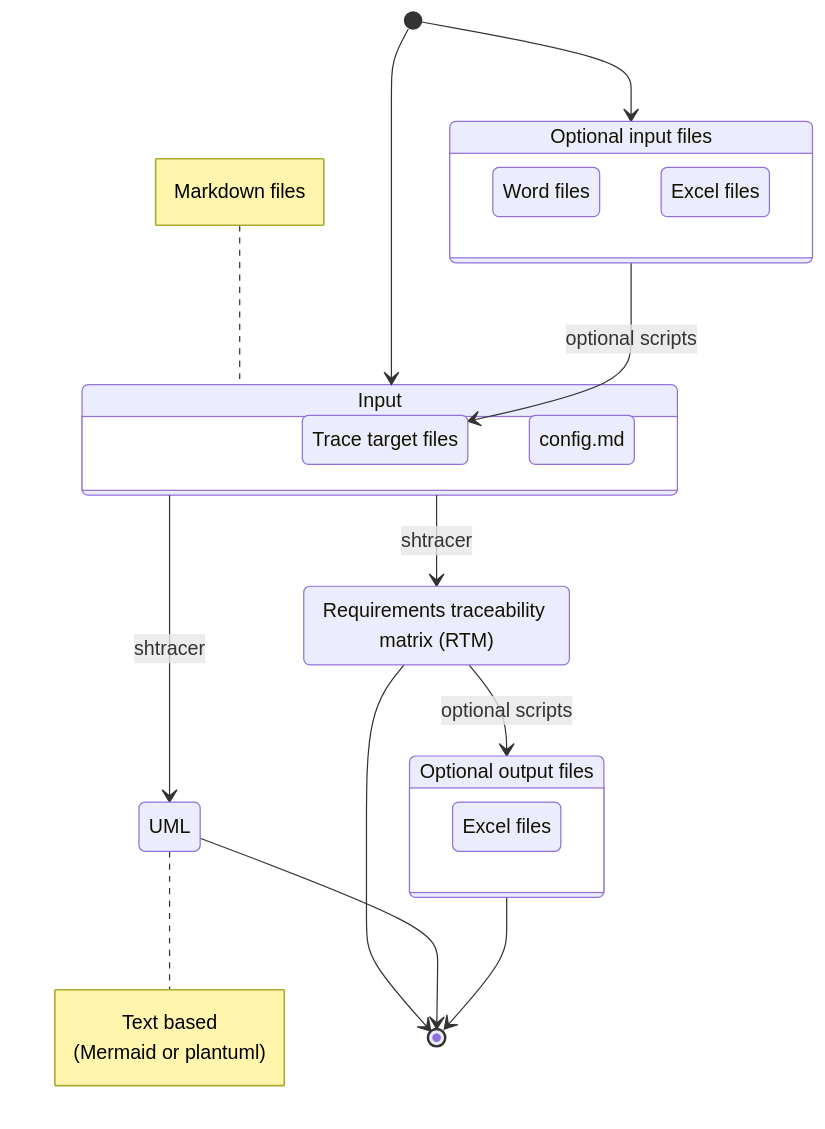
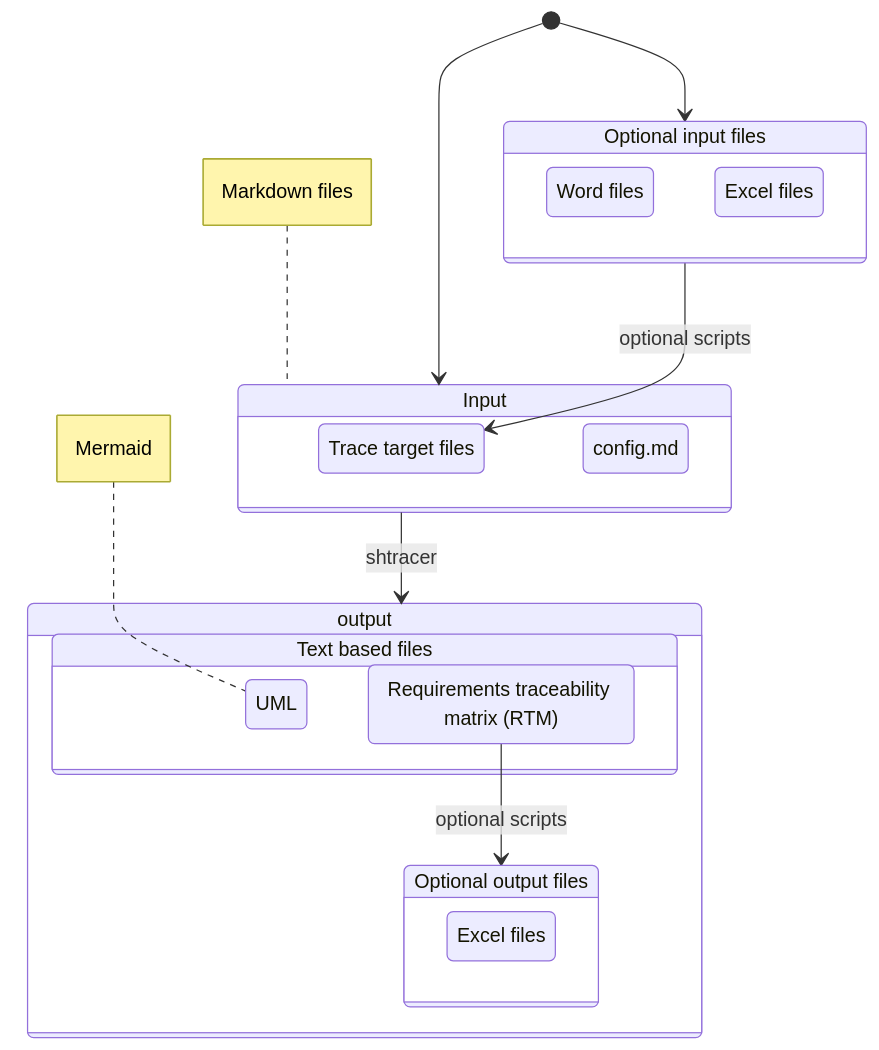
The first of 2 diagrams in README.md (qq3g7bad/shtracer), drawn with Mermaid before and after one commit. The commit also changed other lines of this file, not shown here.

Commit message:
fix(readme): change uml

````diff
--- a/README.md
+++ b/README.md
@@ -12,43 +12,45 @@
 ```mermaid
 stateDiagram
 
-rtm:Requirements traceability matrix (RTM)
-uml:UML
-
 input:Input
 opt_input:Optional input files
-opt_output:Optional output files
 
 state input {
   targetfiles:Trace target files
   config:config.md
 }
 state opt_input {
   wordinput:Word files
   excelinput:Excel files
 }
+note left of input
+  Markdown files
+end note
+
+note left of uml
+  Mermaid
+end note
+
+[*] --> input
+[*] --> opt_input
+
+opt_input --> targetfiles : optional scripts
+
+state output {
+  txt_output: Text based files
+  opt_output:Optional output files
+}
+
+state txt_output {
+  rtm:Requirements traceability matrix (RTM)
+  uml:UML
+}
+
 state opt_output {
   exceloutput:Excel files
 }
 
-note left of input
-  Markdown files
-end note
+input --> output : shtracer
+rtm --> opt_output : optional scripts
 
-note right of uml
-  Text based
-  (Mermaid or plantuml)
-end note
-
-[*] --> input
-[*] --> opt_input
-opt_input --> targetfiles : optional scripts
-
-input --> rtm : shtracer
-input --> uml : shtracer
-
-rtm --> [*]
-uml --> [*]
-rtm --> opt_output : optional scripts
-opt_output --> [*]
 ```
````
